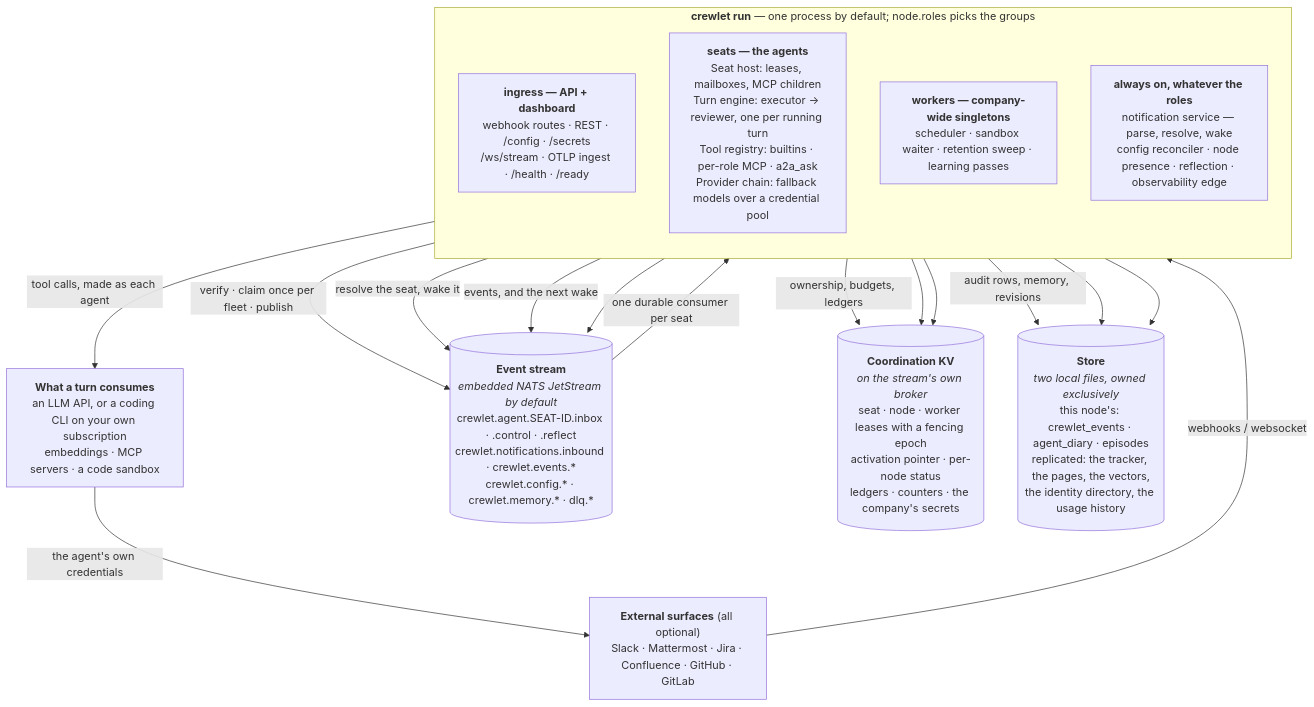
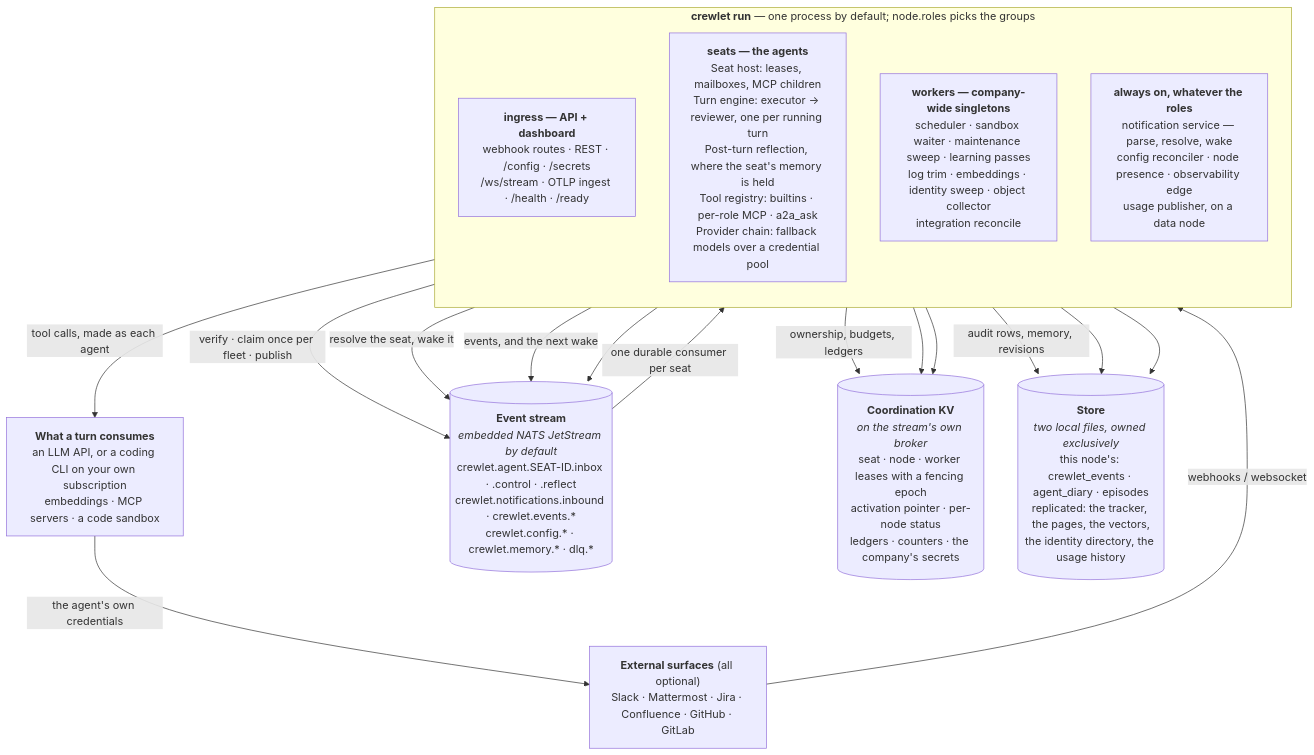
One commit to crewlet/crewlet changed the diagram in docs/concepts/overview.md. Above: the diagram before and after it, drawn with Mermaid. The commit also changed 8 other files, not shown here.

````diff
--- a/docs/concepts/overview.md
+++ b/docs/concepts/overview.md
@@ -56,32 +56,32 @@
 ```mermaid
 flowchart TB
     EXT["<b>External surfaces</b> (all optional)<br/>Slack · Mattermost · Jira · Confluence · GitHub · GitLab"]
     SUPPLY["<b>What a turn consumes</b><br/>an LLM API, or a coding CLI on your own subscription<br/>embeddings · MCP servers · a code sandbox"]
 
     subgraph proc["<b>crewlet run</b> — one process by default; node.roles picks the groups"]
         direction TB
         API["<b>ingress — API + dashboard</b><br/>webhook routes · REST · /config · /secrets<br/>/ws/stream · OTLP ingest · /health · /ready"]
-        SEAT["<b>seats — the agents</b><br/>Seat host: leases, mailboxes, MCP children<br/>Turn engine: executor → reviewer, one per running turn<br/>Tool registry: builtins · per-role MCP · a2a_ask<br/>Provider chain: fallback models over a credential pool"]
-        DUTY["<b>workers — company-wide singletons</b><br/>scheduler · sandbox waiter · retention sweep · learning passes"]
-        CORE["<b>always on, whatever the roles</b><br/>notification service — parse, resolve, wake<br/>config reconciler · node presence · reflection · observability edge"]
+        SEAT["<b>seats — the agents</b><br/>Seat host: leases, mailboxes, MCP children<br/>Turn engine: executor → reviewer, one per running turn<br/>Post-turn reflection, where the seat's memory is held<br/>Tool registry: builtins · per-role MCP · a2a_ask<br/>Provider chain: fallback models over a credential pool"]
+        DUTY["<b>workers — company-wide singletons</b><br/>scheduler · sandbox waiter · maintenance sweep · learning passes<br/>log trim · embeddings · identity sweep · object collector<br/>integration reconcile"]
+        CORE["<b>always on, whatever the roles</b><br/>notification service — parse, resolve, wake<br/>config reconciler · node presence · observability edge<br/>usage publisher, on a data node"]
     end
 
     STREAM[("<b>Event stream</b><br/><i>embedded NATS JetStream by default</i><br/>crewlet.agent.SEAT-ID.inbox · .control · .reflect<br/>crewlet.notifications.inbound · crewlet.events.*<br/>crewlet.config.* · crewlet.memory.* · dlq.*")]
     KV[("<b>Coordination KV</b><br/><i>on the stream's own broker</i><br/>seat · node · worker leases with a fencing epoch<br/>activation pointer · per-node status<br/>ledgers · counters · the company's secrets")]
     DB[("<b>Store</b><br/><i>two local files, owned exclusively</i><br/>this node's: crewlet_events · agent_diary · episodes<br/>replicated: the tracker, the pages, the vectors,<br/>the identity directory, the usage history")]
 
     EXT -->|"webhooks / websocket"| API
     API -->|"verify · claim once per fleet · publish"| STREAM
     CORE -->|"resolve the seat, wake it"| STREAM
     STREAM -->|"one durable consumer per seat"| SEAT
     SEAT -->|"tool calls, made as each agent"| SUPPLY
     SUPPLY -->|"the agent's own credentials"| EXT
     SEAT -->|"events, and the next wake"| STREAM
     DUTY --> STREAM
     SEAT -->|"ownership, budgets, ledgers"| KV
     CORE --> KV
     DUTY --> KV
     SEAT -->|"audit rows, memory, revisions"| DB
     CORE --> DB
     API --> DB
 ```
````
